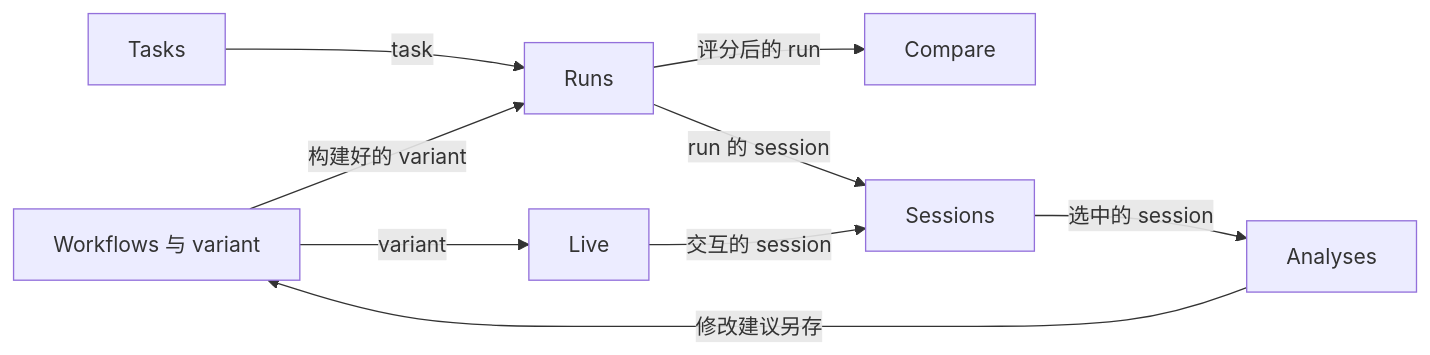
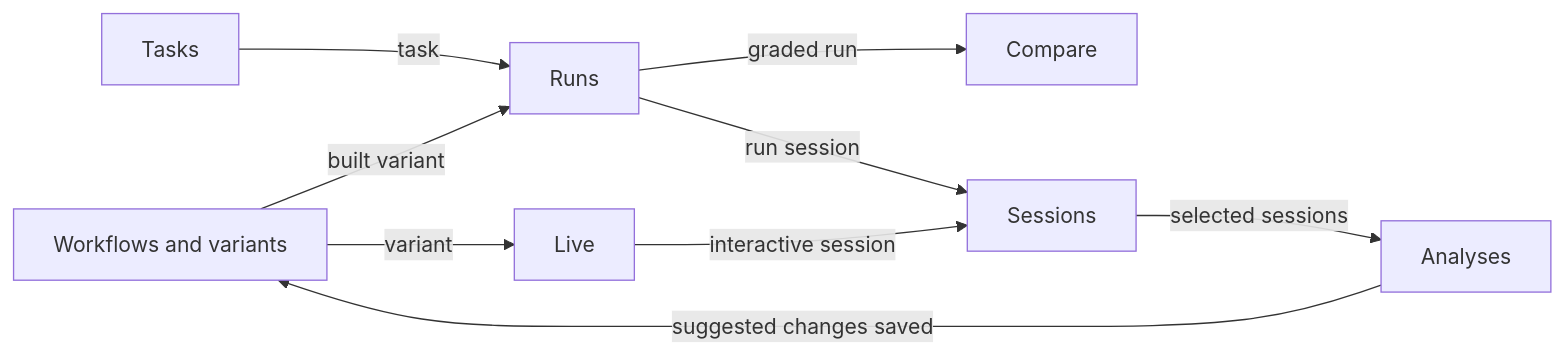
One commit to txehq/wf-dashboard changed the diagram in README.md. Above: the diagram before and after it, drawn with Mermaid. The commit also changed other lines of this file and 1498 other files, not shown here.

````diff
--- a/README.md
+++ b/README.md
@@ -67,11 +95,11 @@
 ```mermaid
 flowchart LR
-  WF[Workflows 与 variant] -->|构建好的 variant| RUNS[Runs]
+  WF[Workflows and variants] -->|built variant| RUNS[Runs]
   TASKS[Tasks] -->|task| RUNS
-  RUNS -->|评分后的 run| CMP[Compare]
-  RUNS -->|run 的 session| SES[Sessions]
-  LIVE[Live] -->|交互的 session| SES
-  SES -->|选中的 session| ANA[Analyses]
-  ANA -->|修改建议另存| WF
+  RUNS -->|graded run| CMP[Compare]
+  RUNS -->|run session| SES[Sessions]
+  LIVE[Live] -->|interactive session| SES
+  SES -->|selected sessions| ANA[Analyses]
+  ANA -->|suggested changes saved| WF
   WF -->|variant| LIVE
 ```
````
